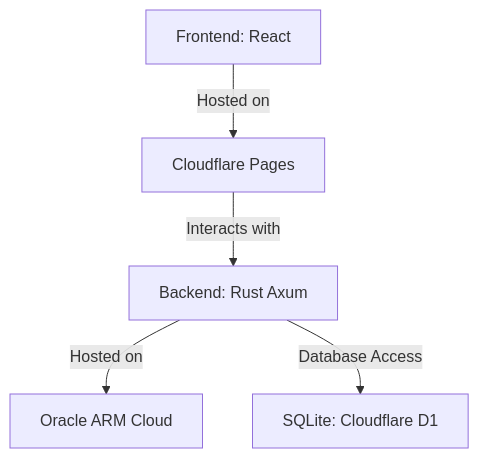
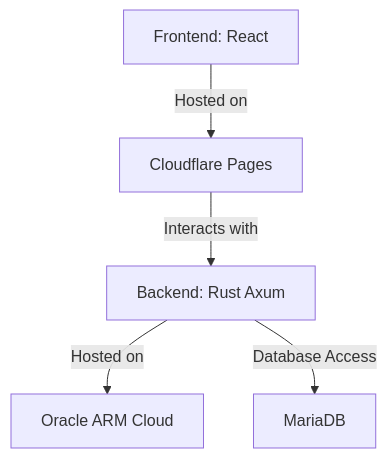
The diagram in README.md (investutil/investutil-principal), drawn with Mermaid before and after one commit. The commit also changed other lines of this file, not shown here.

````diff
--- a/README.md
+++ b/README.md
@@ -54,7 +54,7 @@
 ```mermaid
 graph TD;
     A[Frontend: React] -->|Hosted on| B[Cloudflare Pages]
     B -->|Interacts with| C[Backend: Rust Axum]
     C -->|Hosted on| D[Oracle ARM Cloud]
-    C -->|Database Access| E[SQLite: Cloudflare D1]
+    C -->|Database Access| E[MariaDB]
 ```
````
